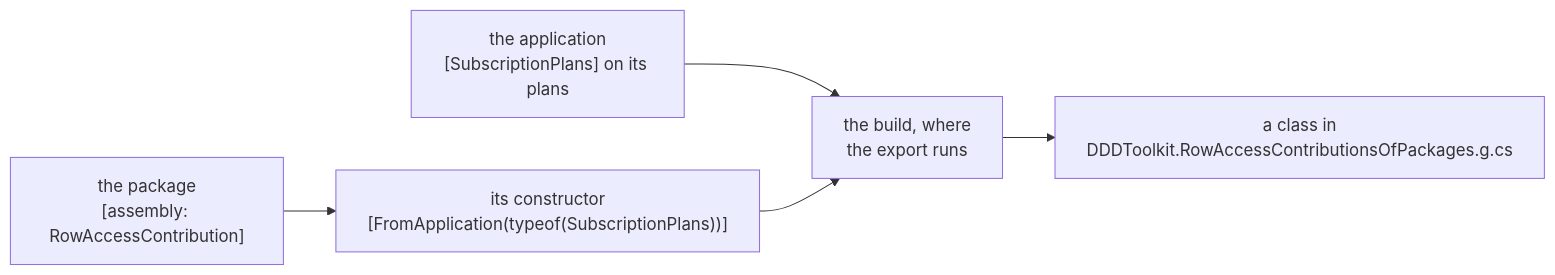
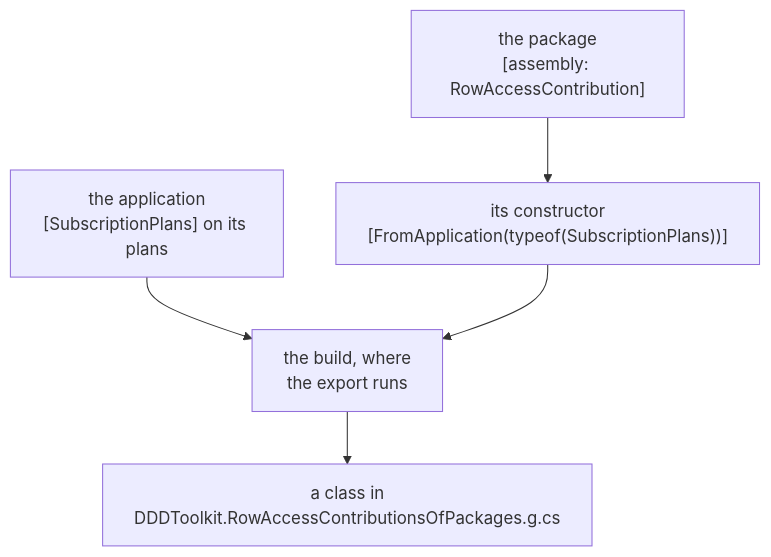
One commit to DylanSnel/DDDToolkit changed the second of 6 diagrams in docs/writing-a-supporting-domain.md. Above: the diagram before and after it, drawn with Mermaid.

Commit message:
Final: Writing a supporting domain's contribution flowchart runs top to bottom
With the generated file's full name, DDDToolkit.RowAccessContributionsOfPackages.g.cs,
in its last node, the left-to-right chain was shrunk to 9.3px in the 766px
column, under the docs' 10px floor. As `flowchart TB` it renders at 16px.

````diff
--- a/docs/writing-a-supporting-domain.md
+++ b/docs/writing-a-supporting-domain.md
@@ -290,7 +290,7 @@
 ```mermaid
-flowchart LR
+flowchart TB
     Package["the package<br/>[assembly: RowAccessContribution]"] --> Constructor["its constructor<br/>[FromApplication(typeof(SubscriptionPlans))]"]
     Application["the application<br/>[SubscriptionPlans] on its plans"] --> Build["the build, where<br/>the export runs"]
     Constructor --> Build
     Build --> Class["a class in<br/>DDDToolkit.RowAccessContributionsOfPackages.g.cs"]
 ```
````
